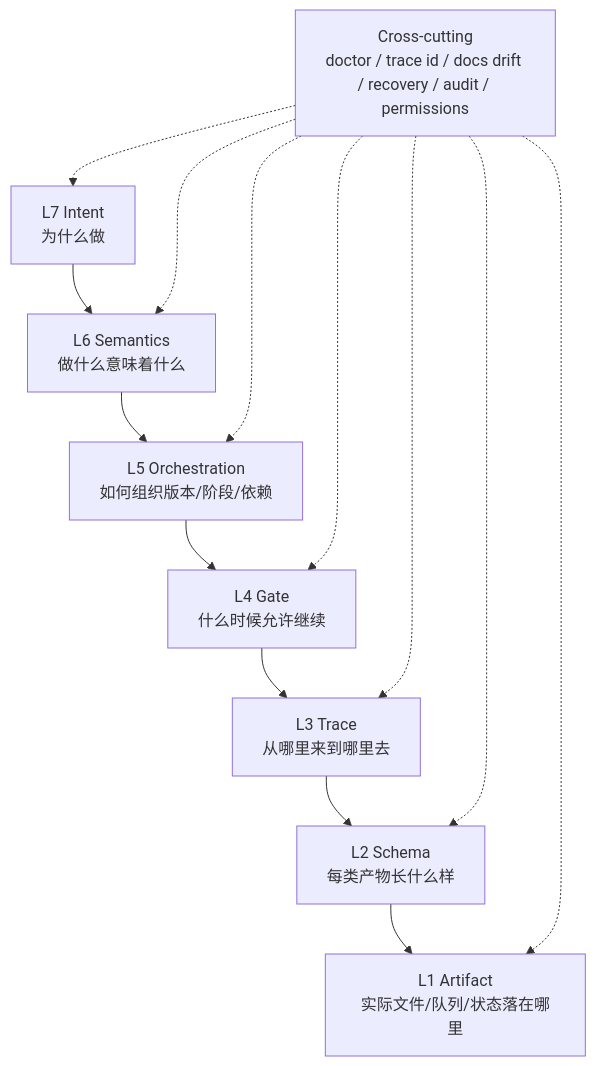
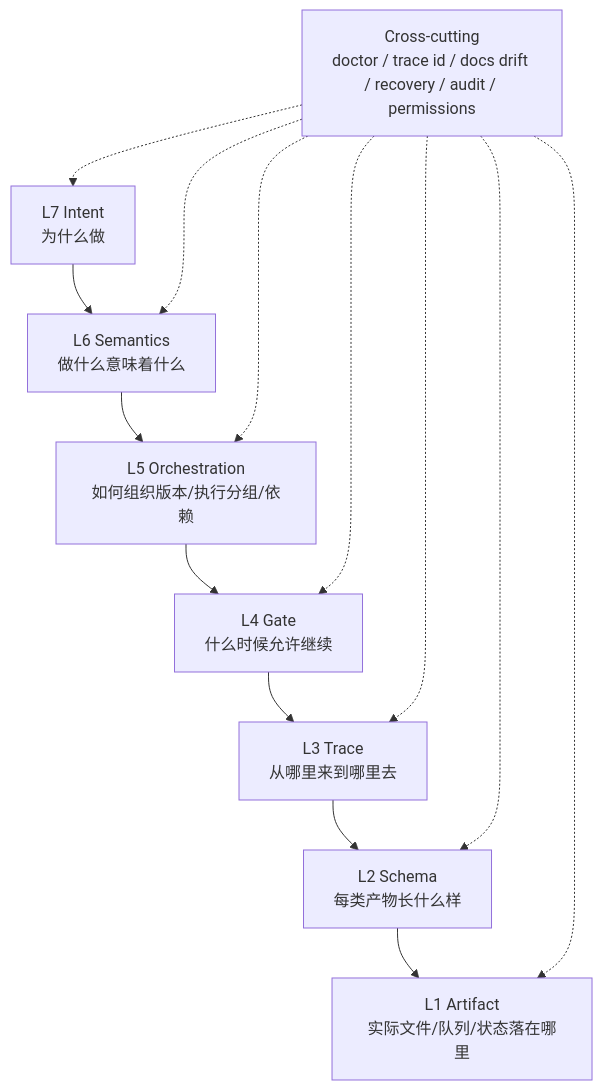
Before and after one commit to AreaSong/AreaMatrix: the diagram in workflow/architecture.md, drawn with Mermaid. The commit also changed other lines of this file and 373 other files, not shown here.

````diff
--- a/workflow/architecture.md
+++ b/workflow/architecture.md
@@ -146,26 +146,26 @@
 ```mermaid
 flowchart TD
   A["L7 Intent<br/>为什么做"]
   B["L6 Semantics<br/>做什么意味着什么"]
-  C["L5 Orchestration<br/>如何组织版本/阶段/依赖"]
+  C["L5 Orchestration<br/>如何组织版本/执行分组/依赖"]
   D["L4 Gate<br/>什么时候允许继续"]
   E["L3 Trace<br/>从哪里来到哪里去"]
   F["L2 Schema<br/>每类产物长什么样"]
   G["L1 Artifact<br/>实际文件/队列/状态落在哪里"]
 
   A --> B
   B --> C
   C --> D
   D --> E
   E --> F
   F --> G
 
   X["Cross-cutting<br/>doctor / trace id / docs drift / recovery / audit / permissions"]
   X -.-> A
   X -.-> B
   X -.-> C
   X -.-> D
   X -.-> E
   X -.-> F
   X -.-> G
 ```
````
